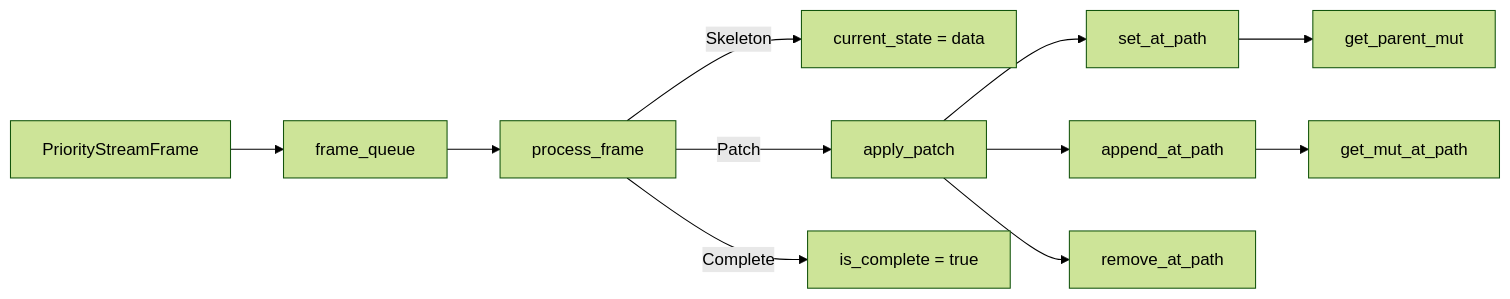
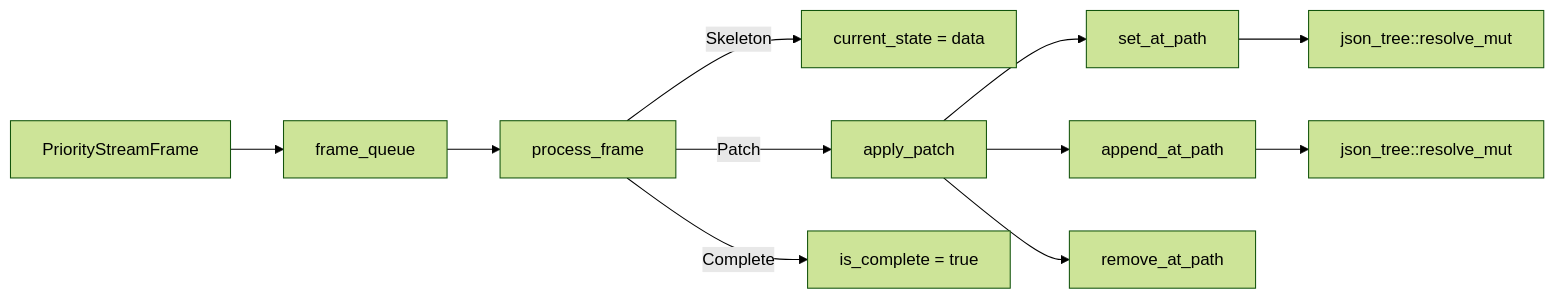
The diagram in specs/streaming/046-json-reconstruction/plan.md (bug-ops/pjs), drawn with Mermaid (forest theme) before and after one commit. The commit also changed other lines of this file and 191 other files, not shown here.

First line of the commit message:
feat(pjson-rs)!: unify JsonPath grammar, harden WebSocket transport, replace chrono with jiff (#726)

````diff
--- a/specs/streaming/046-json-reconstruction/plan.md
+++ b/specs/streaming/046-json-reconstruction/plan.md
@@ -20,13 +20,13 @@
 ```mermaid
 flowchart LR
   F[PriorityStreamFrame] --> Q[frame_queue]
   Q --> PF[process_frame]
   PF -->|Skeleton| ST[current_state = data]
   PF -->|Patch| AP[apply_patch]
   AP --> SET[set_at_path]
   AP --> APP[append_at_path]
   AP --> REM[remove_at_path]
-  SET --> GP[get_parent_mut]
-  APP --> GM[get_mut_at_path]
+  SET --> GP[json_tree::resolve_mut]
+  APP --> GM[json_tree::resolve_mut]
   PF -->|Complete| DONE[is_complete = true]
 ```
````
